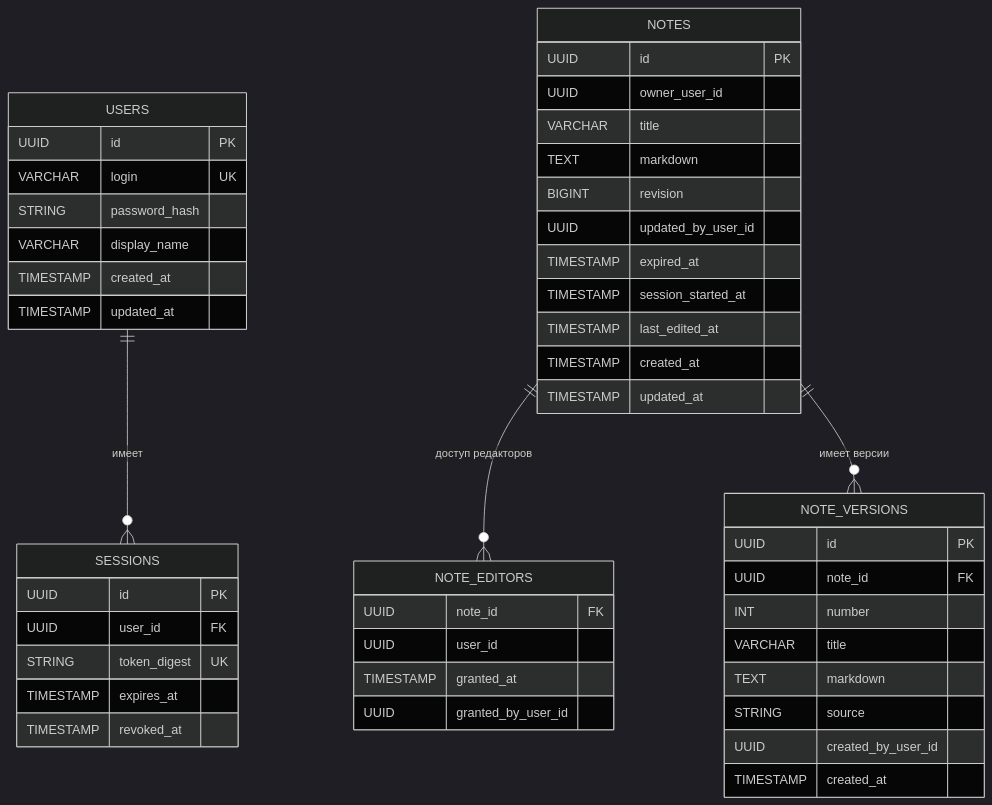
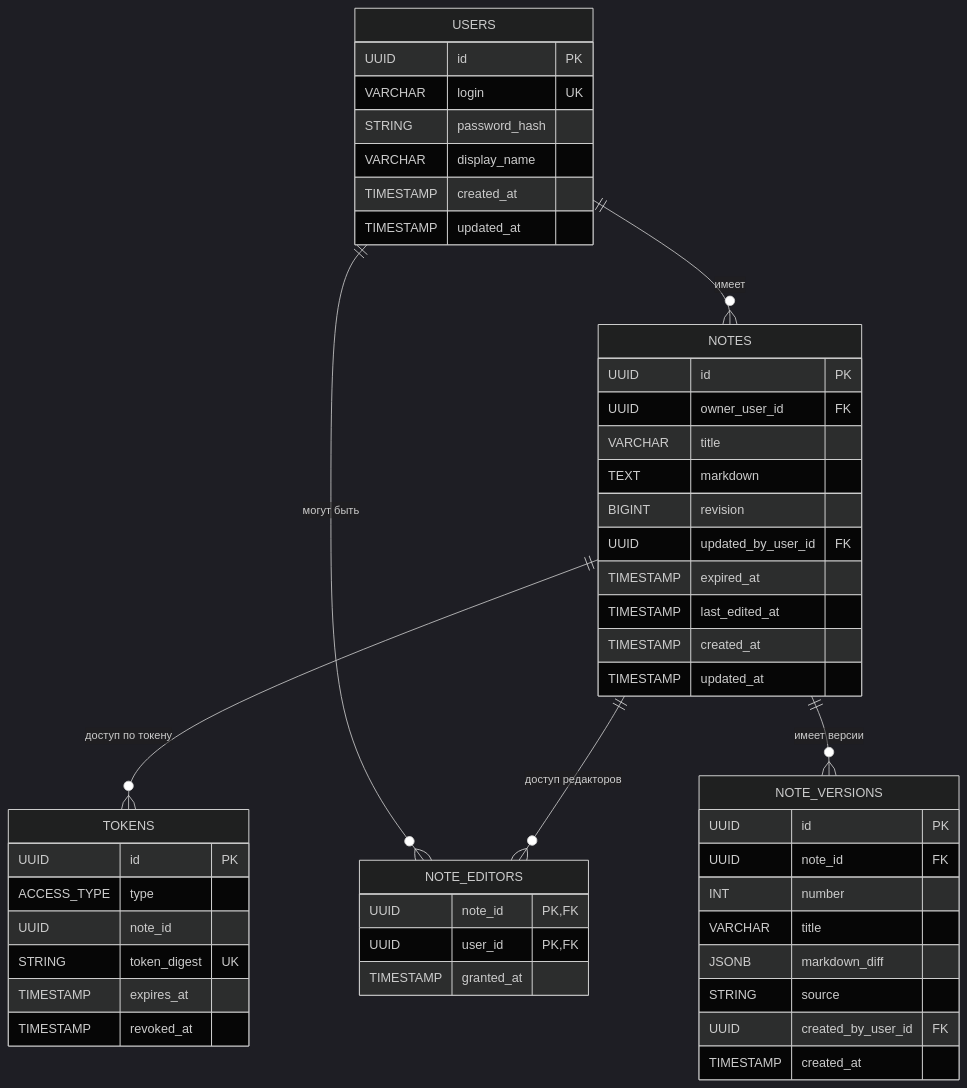
One commit to grachevelloper/study-software_creation changed the second of 2 diagrams in PLAN.md. Above: the diagram before and after it, drawn with Mermaid (dark theme).

Commit message:
docs: ERD modified

````diff
--- a/PLAN.md
+++ b/PLAN.md
@@ -301,55 +301,58 @@
 ```mermaid
 erDiagram
     USERS {
         UUID id PK
         VARCHAR login UK
         STRING password_hash
         VARCHAR display_name
         TIMESTAMP created_at
         TIMESTAMP updated_at
     }
 
-    SESSIONS {
+    TOKENS {
         UUID id PK
-        UUID user_id FK
+        ACCESS_TYPE type
+        UUID note_id
         STRING token_digest UK
         TIMESTAMP expires_at
         TIMESTAMP revoked_at
     }
 
+
     NOTES {
         UUID id PK
-        UUID owner_user_id
+        UUID owner_user_id FK
         VARCHAR title
         TEXT markdown
         BIGINT revision
-        UUID updated_by_user_id
+        UUID updated_by_user_id FK
         TIMESTAMP expired_at
-        TIMESTAMP session_started_at
         TIMESTAMP last_edited_at
         TIMESTAMP created_at
         TIMESTAMP updated_at
     }
 
     NOTE_EDITORS {
-        UUID note_id FK
-        UUID user_id
+
+        UUID note_id PK, FK
+        UUID user_id PK, FK
         TIMESTAMP granted_at
-        UUID granted_by_user_id
     }
 
     NOTE_VERSIONS {
         UUID id PK
         UUID note_id FK
         INT number
         VARCHAR title
-        TEXT markdown
+        JSONB markdown_diff
         STRING source
-        UUID created_by_user_id
+        UUID created_by_user_id FK
         TIMESTAMP created_at
     }
-
-    USERS ||--o{ SESSIONS : "имеет"
+    
+    USERS ||--o{ NOTES : "имеет"
+    USERS ||--o{ NOTE_EDITORS : "могут быть"
+    NOTES ||--o{ TOKENS : "доступ по токену"
     NOTES ||--o{ NOTE_EDITORS : "доступ редакторов"
     NOTES ||--o{ NOTE_VERSIONS : "имеет версии"
 ```
````
